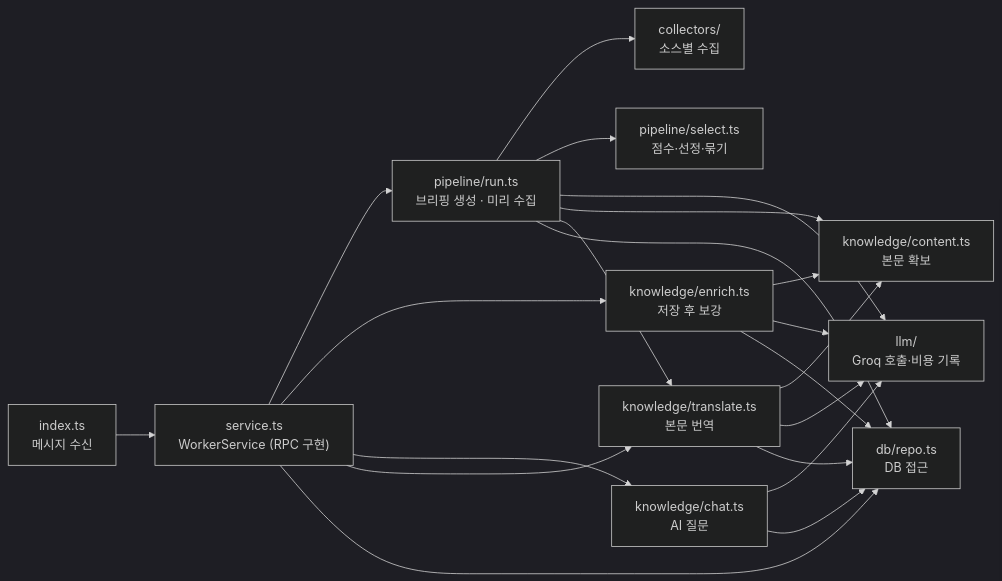
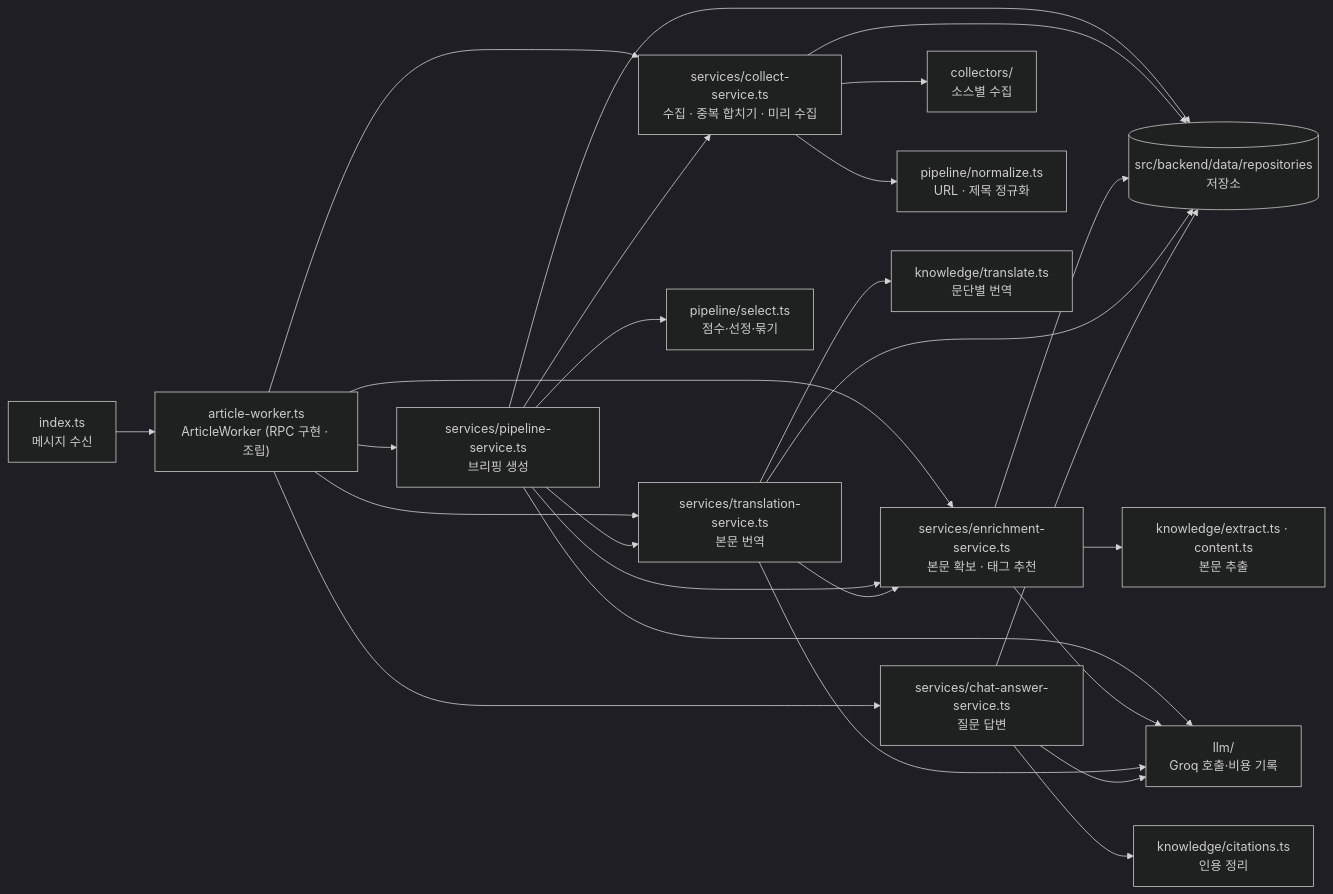
The fourth of 13 diagrams in docs/README.md (EPIGEXE/jogan-news), drawn with Mermaid (dark theme) before and after one commit. The commit also changed other lines of this file and 102 other files, not shown here.

First line of the commit message:
DB 계층 개편: Drizzle ORM 도입, 저장소·서비스 분리, Main·Worker 역할 분할

````diff
--- a/docs/README.md
+++ b/docs/README.md
@@ -178,20 +216,21 @@
 ```mermaid
 flowchart LR
-  idx["index.ts<br/>메시지 수신"] --> svc["service.ts<br/>WorkerService (RPC 구현)"]
-  svc --> run["pipeline/run.ts<br/>브리핑 생성 · 미리 수집"]
-  svc --> enr["knowledge/enrich.ts<br/>저장 후 보강"]
-  svc --> chat["knowledge/chat.ts<br/>AI 질문"]
-  svc --> tr["knowledge/translate.ts<br/>본문 번역"]
-  svc --> repo["db/repo.ts<br/>DB 접근"]
-  run --> col["collectors/<br/>소스별 수집"]
-  run --> sel["pipeline/select.ts<br/>점수·선정·묶기"]
-  run --> llm["llm/<br/>Groq 호출·비용 기록"]
-  run --> ct["knowledge/content.ts<br/>본문 확보"]
-  run --> tr
-  enr --> ct
-  enr --> llm
-  tr --> ct
-  tr --> llm
-  chat --> llm
-  run & enr & chat & tr --> repo
+  idx["index.ts<br/>메시지 수신"] --> aw["article-worker.ts<br/>ArticleWorker (RPC 구현 · 조립)"]
+  aw --> ps["services/pipeline-service.ts<br/>브리핑 생성"]
+  aw --> cs["services/collect-service.ts<br/>수집 · 중복 합치기 · 미리 수집"]
+  aw --> es["services/enrichment-service.ts<br/>본문 확보 · 태그 추천"]
+  aw --> ts["services/translation-service.ts<br/>본문 번역"]
+  aw --> cas["services/chat-answer-service.ts<br/>질문 답변"]
+  ps --> cs
+  ps --> es
+  ps --> ts
+  ts --> es
+  cs --> col["collectors/<br/>소스별 수집"]
+  cs --> norm["pipeline/normalize.ts<br/>URL · 제목 정규화"]
+  ps --> sel["pipeline/select.ts<br/>점수·선정·묶기"]
+  es --> ct["knowledge/extract.ts · content.ts<br/>본문 추출"]
+  ts --> tr["knowledge/translate.ts<br/>문단별 번역"]
+  cas --> cit["knowledge/citations.ts<br/>인용 정리"]
+  ps & es & ts & cas --> llm["llm/<br/>Groq 호출·비용 기록"]
+  ps & cs & es & ts & cas --> repo[("src/backend/data/repositories<br/>저장소")]
 ```
````
